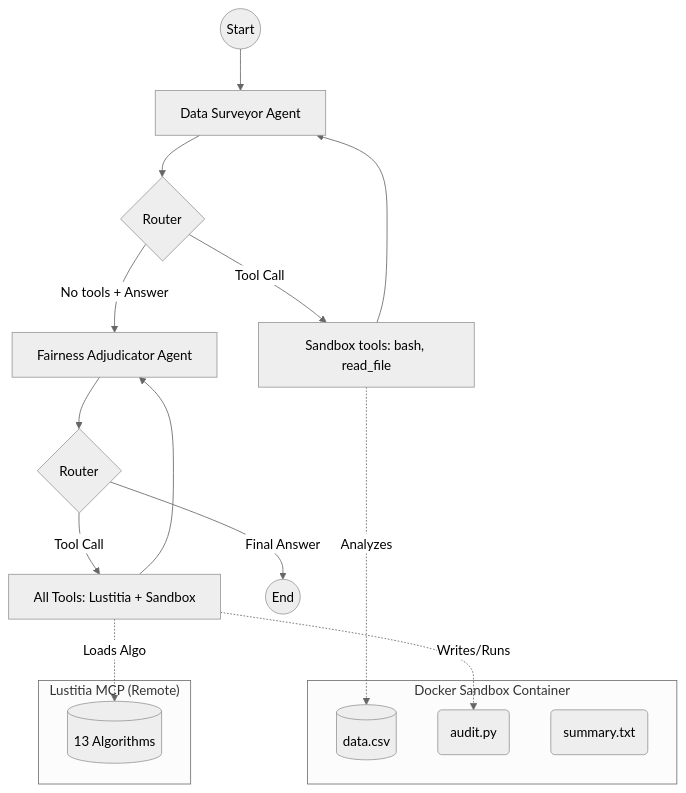
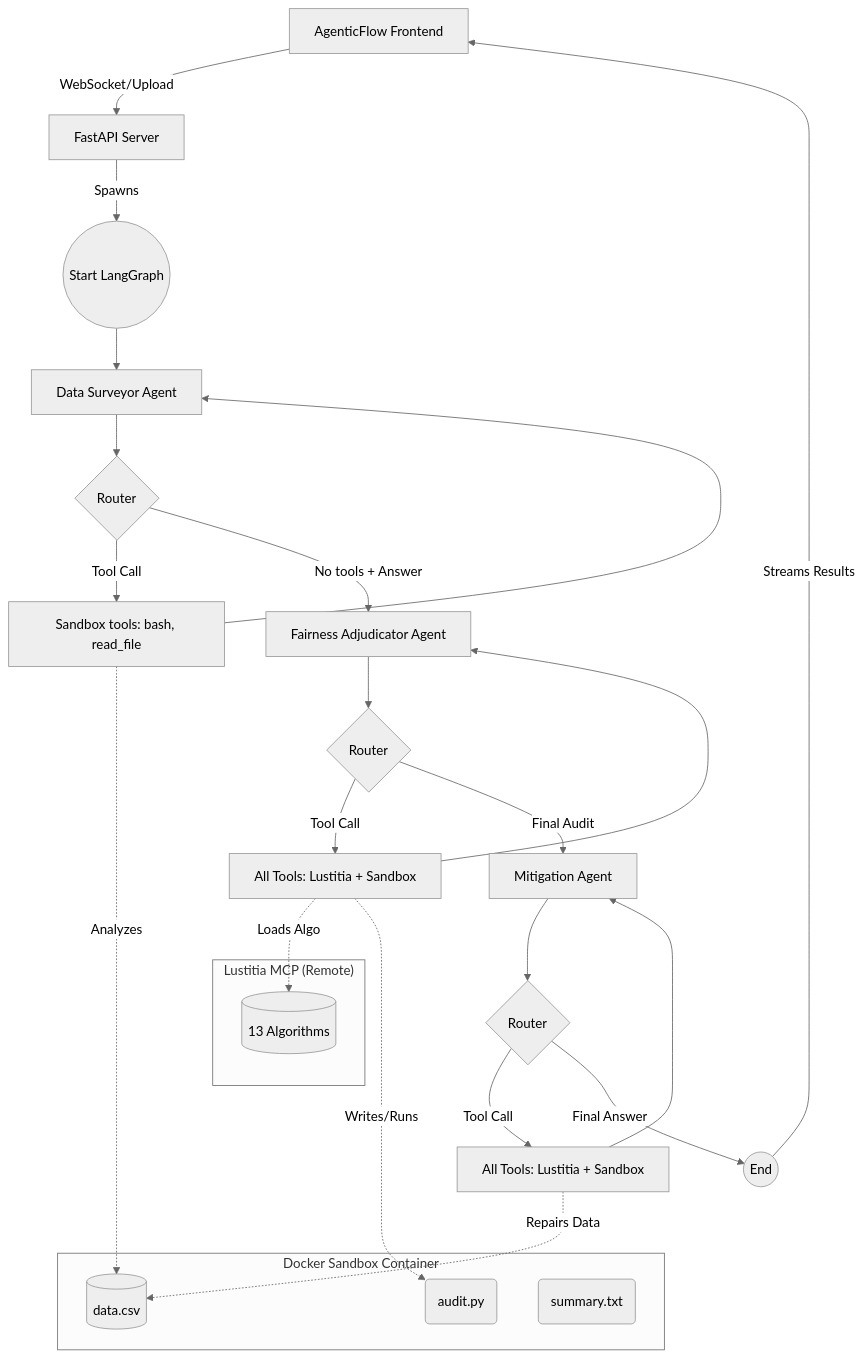
One commit to Aditya5191/Aletheia-AI changed the diagram in README.md. Above: the diagram before and after it, drawn with Mermaid (neutral theme). The commit also changed other lines of this file and 85 other files, not shown here.

First line of the commit message:
feat: AgenticFlow dashboard, Docker node, upload node, negative chart support, 3-agent pipeline, code simplification

````diff
--- a/README.md
+++ b/README.md
@@ -57,35 +81,47 @@
 ```mermaid
 graph TD
-    START((Start)) --> DS[Data Surveyor Agent]
+    UI[AgenticFlow Frontend] -->|WebSocket/Upload| API[FastAPI Server]
+    API -->|Spawns| START((Start LangGraph))
+    START --> DS[Data Surveyor Agent]
     DS --> DS_ROUT{Router}
     
     %% Surveyor Loop
     DS_ROUT -->|Tool Call| ST[Sandbox tools: bash, read_file]
     ST --> DS
     
     %% Handoff
     DS_ROUT -->|No tools + Answer| FA[Fairness Adjudicator Agent]
     
     %% Adjudicator Loop
     FA --> FA_ROUT{Router}
     FA_ROUT -->|Tool Call| AT[All Tools: Lustitia + Sandbox]
     AT --> FA
     
+    %% Mitigation Handoff
+    FA_ROUT -->|Final Audit| MA[Mitigation Agent]
+
+    %% Mitigation Loop
+    MA --> MA_ROUT{Router}
+    MA_ROUT -->|Tool Call| MT[All Tools: Lustitia + Sandbox]
+    MT --> MA
+
     %% End
-    FA_ROUT -->|Final Answer| END((End))
+    MA_ROUT -->|Final Answer| END((End))
+    END -->|Streams Results| UI
 
     subgraph "Docker Sandbox Container"
     data[(data.csv)]
     audit_file(audit.py)
     profile_file(summary.txt)
     end
 
     subgraph "Lustitia MCP (Remote)"
     algo_db[(13 Algorithms)]
     end
 
     %% Interactions
     ST -.->|Analyzes| data
     AT -.->|Loads Algo| algo_db
     AT -.->|Writes/Runs| audit_file
+    MT -.->|Repairs Data| data
 ```
````
